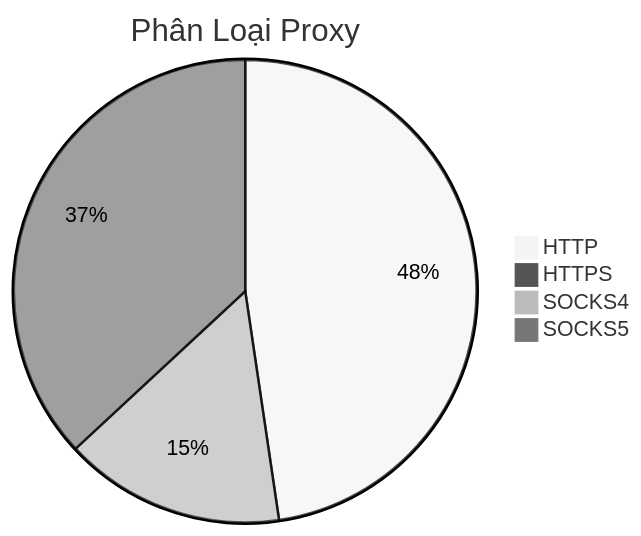
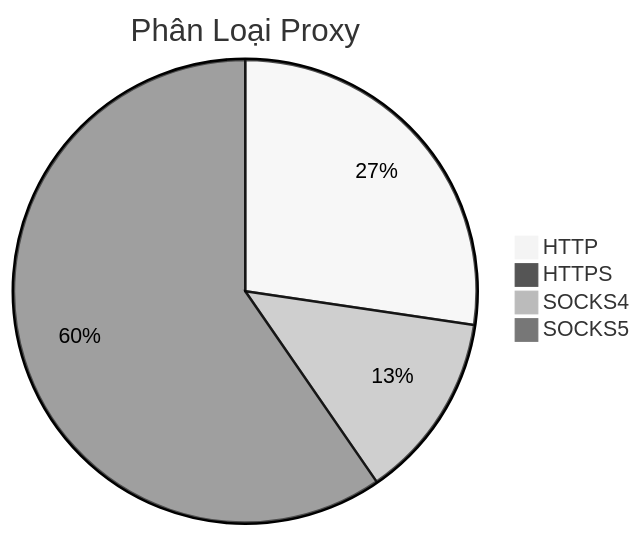
One commit to Ciara-12/PROXY-free changed the diagram in README.md. Above: the diagram before and after it, drawn with Mermaid (neutral theme). The commit also changed other lines of this file and 4 other files, not shown here.

````diff
--- a/README.md
+++ b/README.md
@@ -26,7 +26,7 @@
 ```mermaid
 pie title Phân Loại Proxy
-    "HTTP" : 1152
+    "HTTP" : 657
     "HTTPS" : 2
-    "SOCKS4" : 373
-    "SOCKS5" : 892
+    "SOCKS4" : 314
+    "SOCKS5" : 1433
 ```
````
